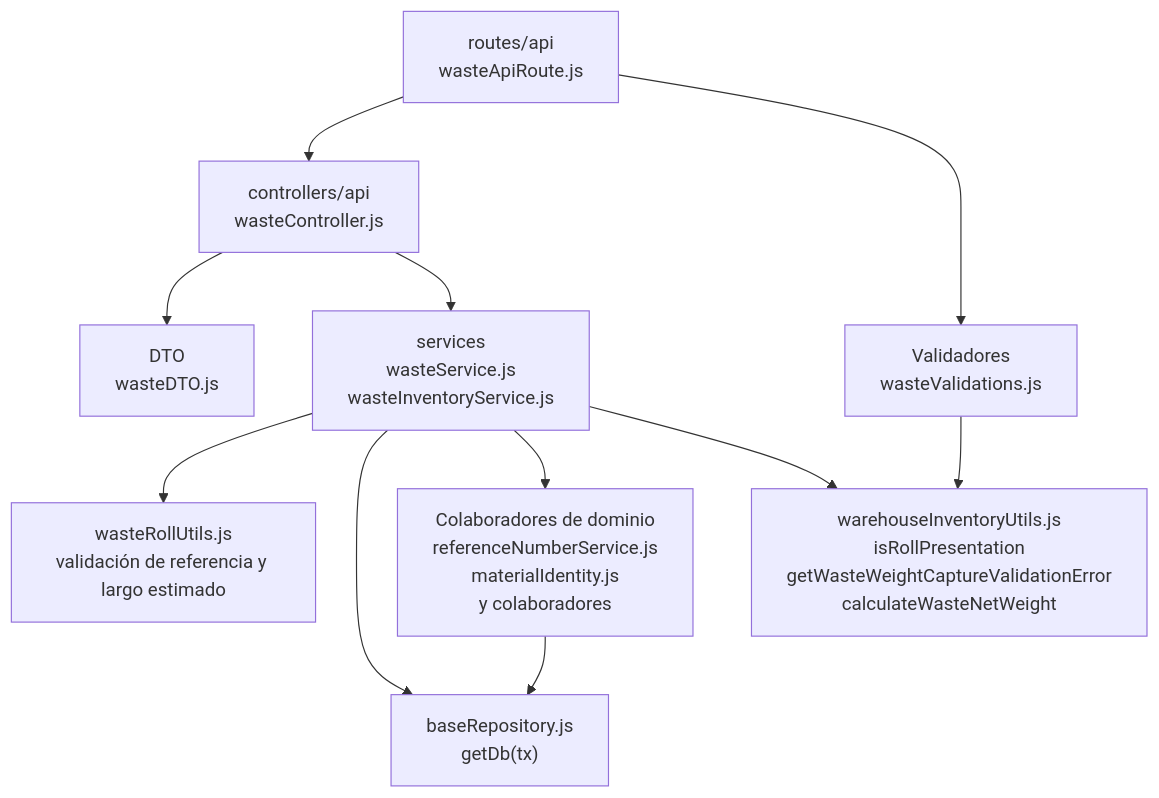
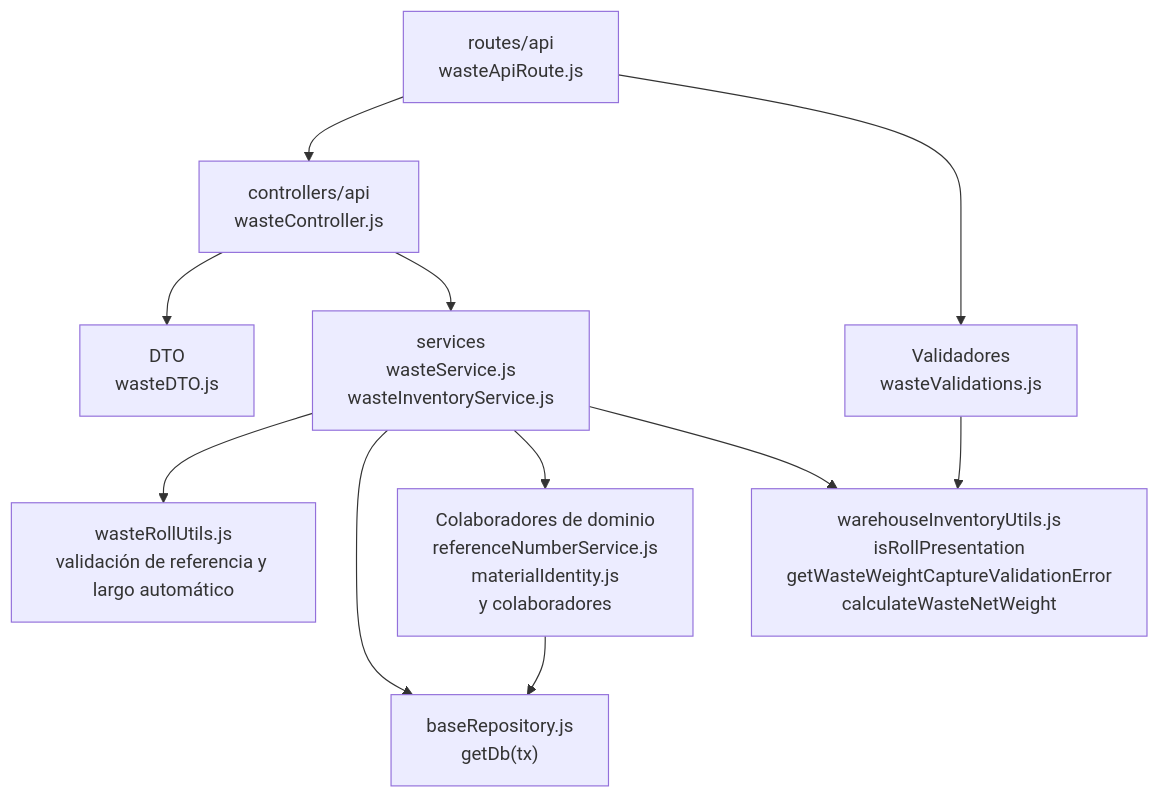
The diagram in docs/architecture/views/development/backend-technical-documentation/11-wastes-code.md (gpgsistemas01/nexus), drawn with Mermaid before and after one commit. The commit also changed 46 other files, not shown here.

````diff
--- a/docs/architecture/views/development/backend-technical-documentation/11-wastes-code.md
+++ b/docs/architecture/views/development/backend-technical-documentation/11-wastes-code.md
@@ -7,22 +7,22 @@
 ```mermaid
 flowchart TB
     R["routes/api<br/>wasteApiRoute.js"]
     C["controllers/api<br/>wasteController.js"]
     S["services<br/>wasteService.js<br/>wasteInventoryService.js"]
     D["DTO<br/>wasteDTO.js"]
     X["Colaboradores de dominio<br/>referenceNumberService.js<br/>materialIdentity.js<br/>y colaboradores"]
     V["Validadores<br/>wasteValidations.js"]
     P["baseRepository.js<br/>getDb(tx)"]
     PresentationRule["warehouseInventoryUtils.js<br/>isRollPresentation<br/>getWasteWeightCaptureValidationError<br/>calculateWasteNetWeight"]
-    Roll["wasteRollUtils.js<br/>validación de referencia y largo estimado"]
+    Roll["wasteRollUtils.js<br/>validación de referencia y largo automático"]
     S --> Roll
     C --> D
     C --> S
     R --> C
     R --> V
     S --> P
     S --> X
     V --> PresentationRule
     S --> PresentationRule
     X --> P
 ```
````
